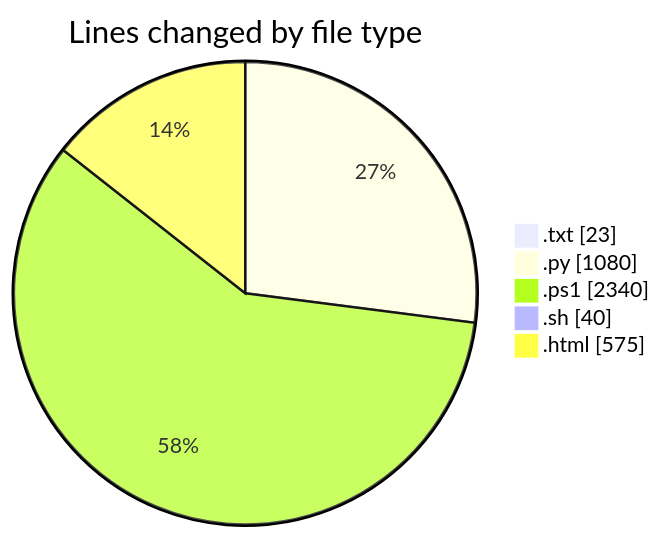
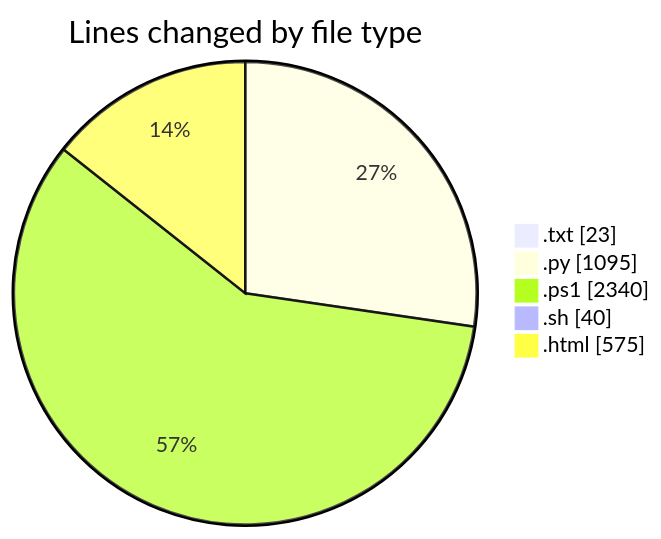
One commit to CELIANVF/code-tracking changed the first of 2 diagrams in 2025-05-16/python_app_deploy/README.md. Above: the diagram before and after it, drawn with Mermaid. The commit also changed other lines of this file and 1 other file, not shown here.

````diff
--- a/2025-05-16/python_app_deploy/README.md
+++ b/2025-05-16/python_app_deploy/README.md
@@ -41,9 +41,9 @@
 ```mermaid
 pie showData
 title Lines changed by file type
 ".txt" : 23
-".py" : 1080
+".py" : 1095
 ".ps1" : 2340
 ".sh" : 40
 ".html" : 575
 ```
````
